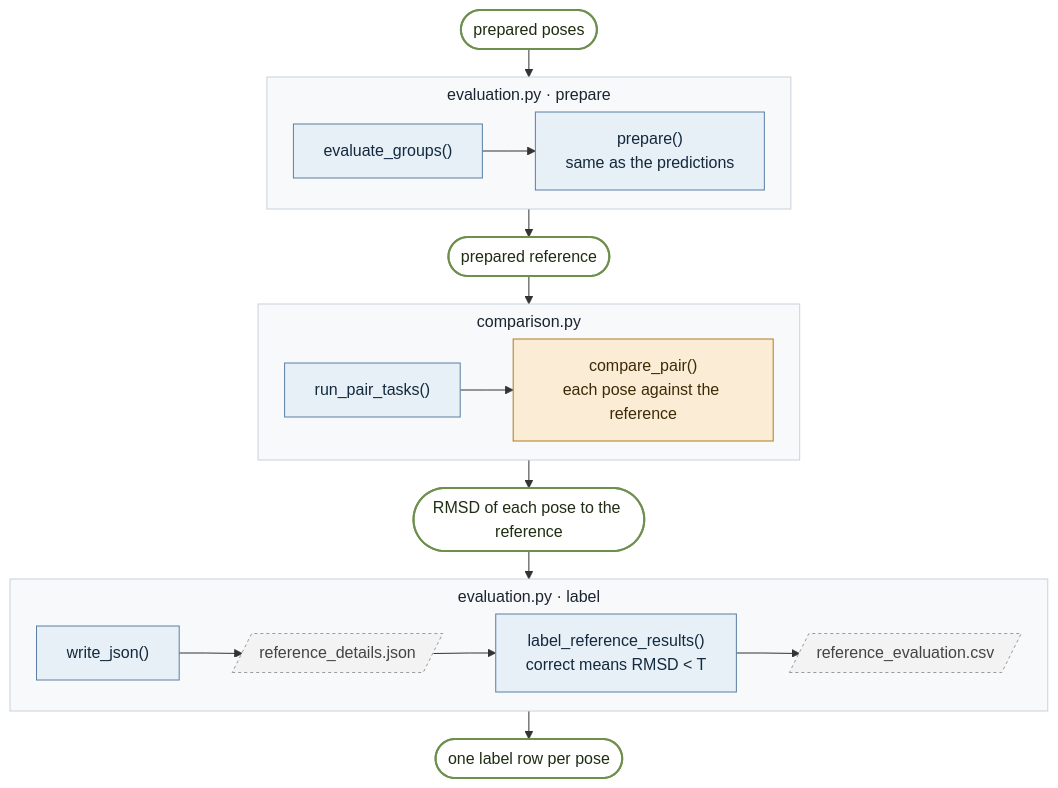
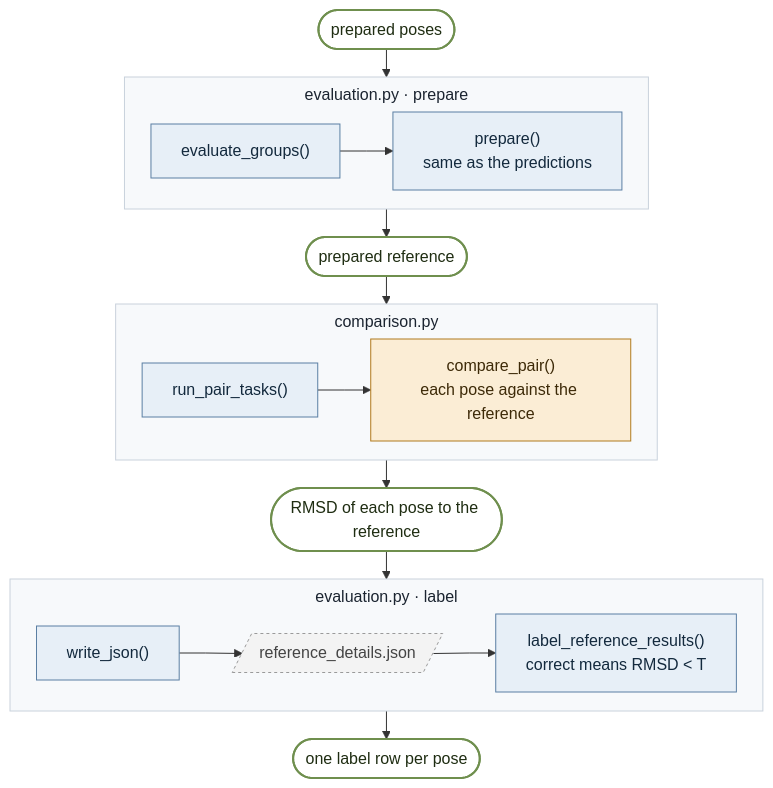
One commit to James-Broster/core-score changed the eighth of 9 diagrams in docs/code-map.md. Above: the diagram before and after it, drawn with Mermaid. The commit also changed other lines of this file and 9 other files, not shown here.

````diff
--- a/docs/code-map.md
+++ b/docs/code-map.md
@@ -348,33 +348,33 @@
 ```mermaid
 %%{init: {"flowchart": {"curve": "linear", "nodeSpacing": 18, "rankSpacing": 28, "subGraphTitleMargin": {"top": 6, "bottom": 10}}}}%%
 flowchart TB
     classDef fn fill:#e7eff7,stroke:#5b7fa3,color:#13293d
     classDef ost fill:#fbedd5,stroke:#b07a1e,color:#3d2a08
     classDef data fill:#ffffff,stroke:#6f8f4e,color:#1f2d12,stroke-width:2px
     classDef file fill:#f3f3f3,stroke:#9a9a9a,color:#444,stroke-dasharray:3 3
     classDef stage fill:#f7f9fb,stroke:#c9d2dc,color:#1b2430
 
     start(["prepared poses"]):::data
 
     subgraph E1["evaluation.py · prepare"]
         direction LR
         a1["evaluate_groups()"]:::fn --> a2["prepare()<br/>same as the predictions"]:::fn
     end
     d1(["prepared reference"]):::data
 
     subgraph E2["comparison.py"]
         direction LR
         b1["run_pair_tasks()"]:::fn --> b2["compare_pair()<br/>each pose against the reference"]:::ost
     end
     d2(["RMSD of each pose to the reference"]):::data
 
     subgraph E3["evaluation.py · label"]
         direction LR
-        c1["write_json()"]:::fn --> c2[/"reference_details.json"/]:::file --> c3["label_reference_results()<br/>correct means RMSD < T"]:::fn --> c4[/"reference_evaluation.csv"/]:::file
+        c1["write_json()"]:::fn --> c2[/"reference_details.json"/]:::file --> c3["label_reference_results()<br/>correct means RMSD < T"]:::fn
     end
     d3(["one label row per pose"]):::data
 
     start --> E1 --> d1 --> E2 --> d2 --> E3 --> d3
 
     class E1,E2,E3 stage
 ```
````
